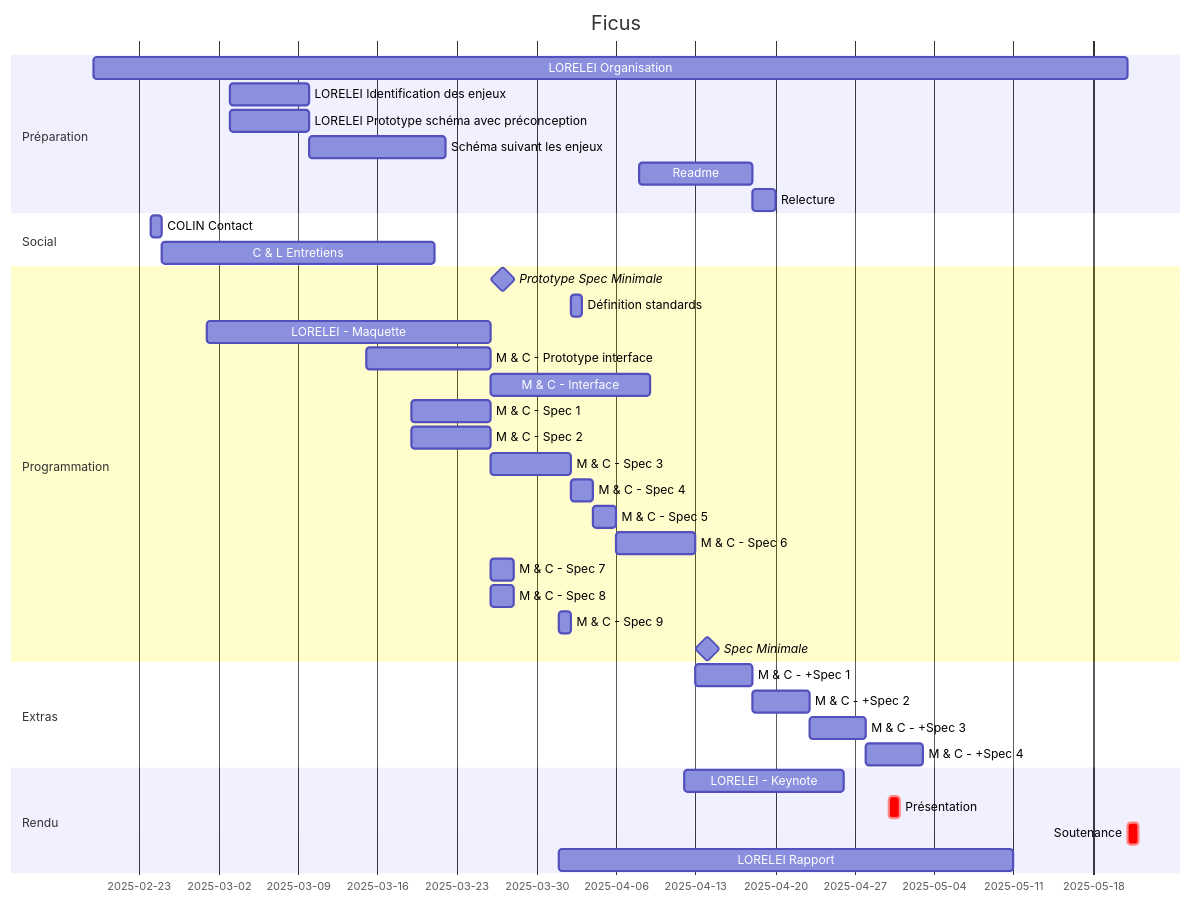
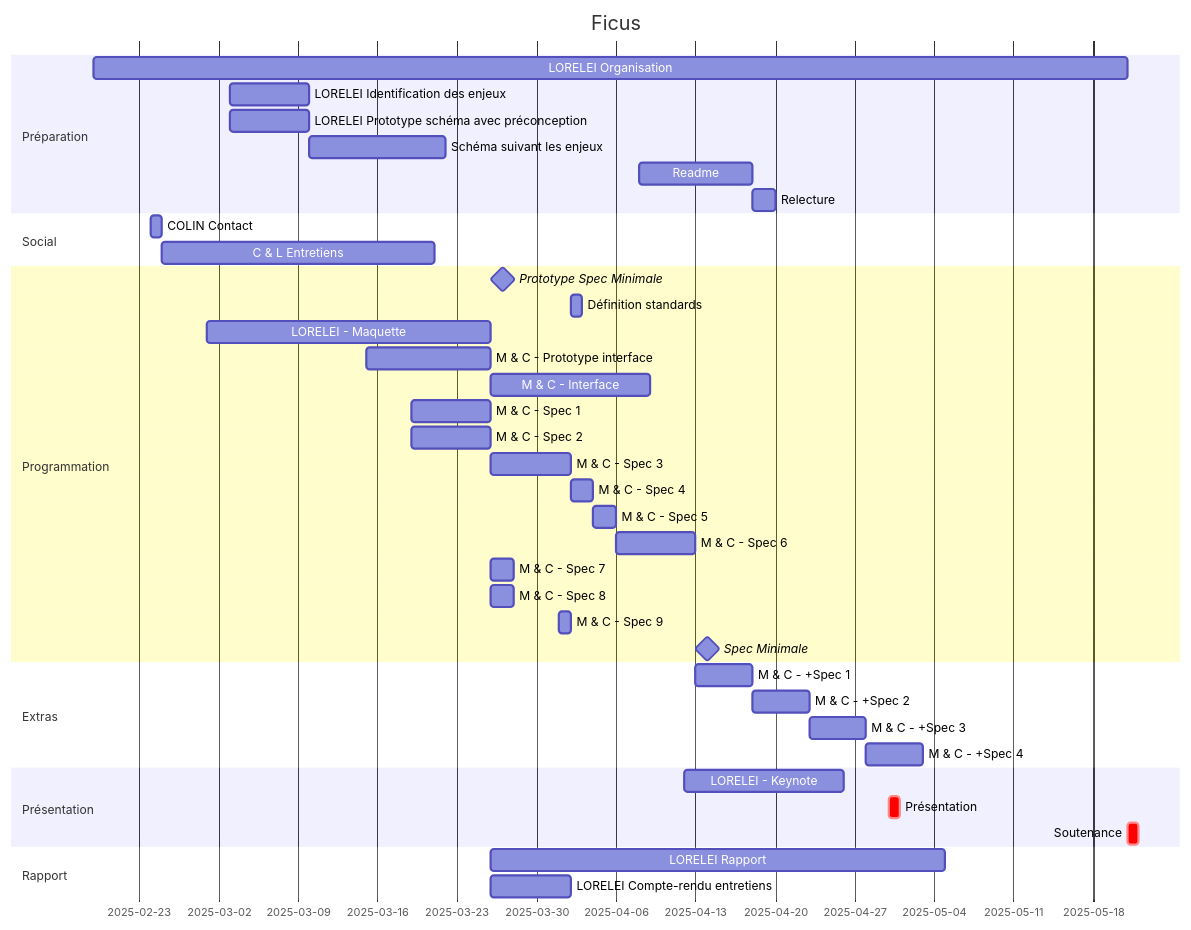
The diagram in projet/gantt.md (Hellorelei/Ficus), drawn with Mermaid before and after one commit. The commit also changed 4 other files, not shown here.

Commit message:
Update gantt avec précisions rapport

````diff
--- a/projet/gantt.md
+++ b/projet/gantt.md
@@ -1,46 +1,49 @@
 ```mermaid
 gantt
     title Ficus
     dateFormat  YYYY-MM-DD
 
     section Préparation
     LORELEI Organisation: prep-1, 2025-02-19, 2025-05-21
     LORELEI Identification des enjeux: prep-2, 2025-03-03, 2025-03-10
     LORELEI Prototype schéma avec préconception: 2025-03-03, 2025-03-10
     Schéma suivant les enjeux: after prep-2, 12d
     Readme: prep-5, 2025-04-08, 10d
     Relecture: after prep-5, 2d
 
     section Social
     COLIN Contact      :s1, 2025-02-24  , 1d
     C & L Entretiens      :after s1, 24d
 
     section Programmation
     Prototype Spec Minimale: milestone, 2025-04-02
     Définition standards: 1d
     LORELEI - Maquette: m1, 2025-03-01, 2025-03-26
     M & C - Prototype interface: 2025-03-15, 2025-03-26
     M & C - Interface: after m1, 14d
     M & C - Spec 1: spec_1, 2025-03-19, 7d
     M & C - Spec 2: spec_2, 2025-03-19, 7d
     M & C - Spec 3: spec_3, after spec_2, 7d 
     M & C - Spec 4: spec_4, after spec_3, 2d
     M & C - Spec 5: spec_5, after spec_4, 2d
     M & C - Spec 6: spec_6, after spec_5, 7d
     M & C - Spec 7: spec_7, 2025-03-26, 2d
     M & C - Spec 8: spec_8, after spec_1, 2d
     M & C - Spec 9: spec_9, 2025-04-01, 1d
     Spec Minimale: milestone, 2025-04-26
     
     section Extras
     M & C - +Spec 1: espec_1, after spec_6, 5d
     M & C - +Spec 2: espec_2, after espec_1, 5d
     M & C - +Spec 3: espec_3, after espec_2, 5d
     M & C - +Spec 4: espec_4, after espec_3, 5d
 
-    section Rendu
+    section Présentation
     LORELEI - Keynote: 2025-04-12, 14d
     Présentation: crit, r1, 2025-04-30, 1d
     Soutenance: crit, r2, 2025-05-21, 1d
-    LORELEI Rapport: 2025-04-01, 40d
+    
+    section Rapport
+    LORELEI Rapport: 2025-03-26, 40d
+    LORELEI Compte-rendu entretiens: 2025-03-26, 7d
 ```
````
